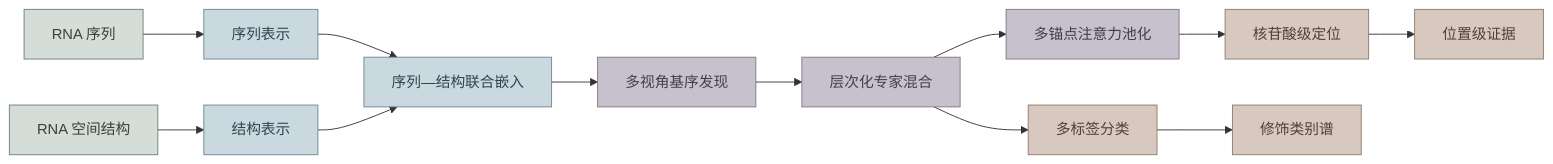
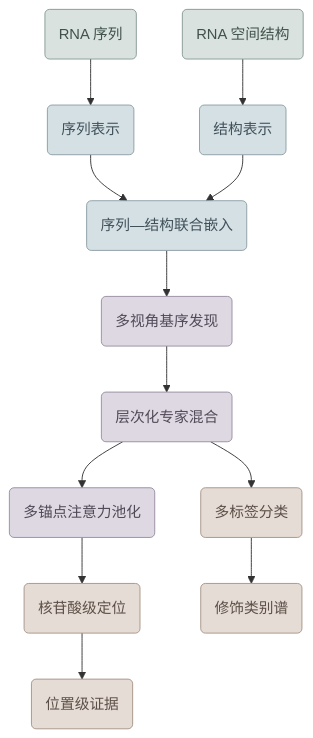
Before and after one commit to CMB-BNU/mRModN_welcome_page: the fourth of 6 diagrams in README.md, drawn with Mermaid. The commit also changed other lines of this file, not shown here.

````diff
--- a/README.md
+++ b/README.md
@@ -221,23 +239,23 @@
 ```mermaid
-flowchart LR
-    S[RNA 序列] --> SEQ[序列表示]
-    R[RNA 空间结构] --> STR[结构表示]
-    SEQ --> EMB[序列—结构联合嵌入]
+flowchart TB
+    S(RNA 序列) --> SEQ(序列表示)
+    R(RNA 空间结构) --> STR(结构表示)
+    SEQ --> EMB(序列—结构联合嵌入)
     STR --> EMB
-    EMB --> MOTIF[多视角基序发现]
-    MOTIF --> EXPERT[层次化专家混合]
-    EXPERT --> CLASS[多标签分类]
-    EXPERT --> ATT[多锚点注意力池化]
-    ATT --> LOC[核苷酸级定位]
-    CLASS --> PROFILE[修饰类别谱]
-    LOC --> EVIDENCE[位置级证据]
+    EMB --> MOTIF(多视角基序发现)
+    MOTIF --> EXPERT(层次化专家混合)
+    EXPERT --> CLASS(多标签分类)
+    EXPERT --> ATT(多锚点注意力池化)
+    ATT --> LOC(核苷酸级定位)
+    CLASS --> PROFILE(修饰类别谱)
+    LOC --> EVIDENCE(位置级证据)
 
-    classDef input fill:#D5DDD8,stroke:#718078,color:#35423C,stroke-width:1px
-    classDef representation fill:#CAD8E0,stroke:#718692,color:#35434C,stroke-width:1px
-    classDef core fill:#C7C1CE,stroke:#817789,color:#443F4B,stroke-width:1px
-    classDef output fill:#D8C9C0,stroke:#907B6D,color:#4E4139,stroke-width:1px
+    classDef input fill:#D9E2DE,stroke:#879A91,color:#3F514A,stroke-width:1px
+    classDef representation fill:#D5E0E5,stroke:#8B9DA4,color:#405159,stroke-width:1px
+    classDef core fill:#DDD8E2,stroke:#988DA1,color:#514957,stroke-width:1px
+    classDef output fill:#E5DCD5,stroke:#A69487,color:#5C4F47,stroke-width:1px
     class S,R input
     class SEQ,STR,EMB representation
     class MOTIF,EXPERT,ATT core
     class CLASS,LOC,PROFILE,EVIDENCE output
 ```
````
